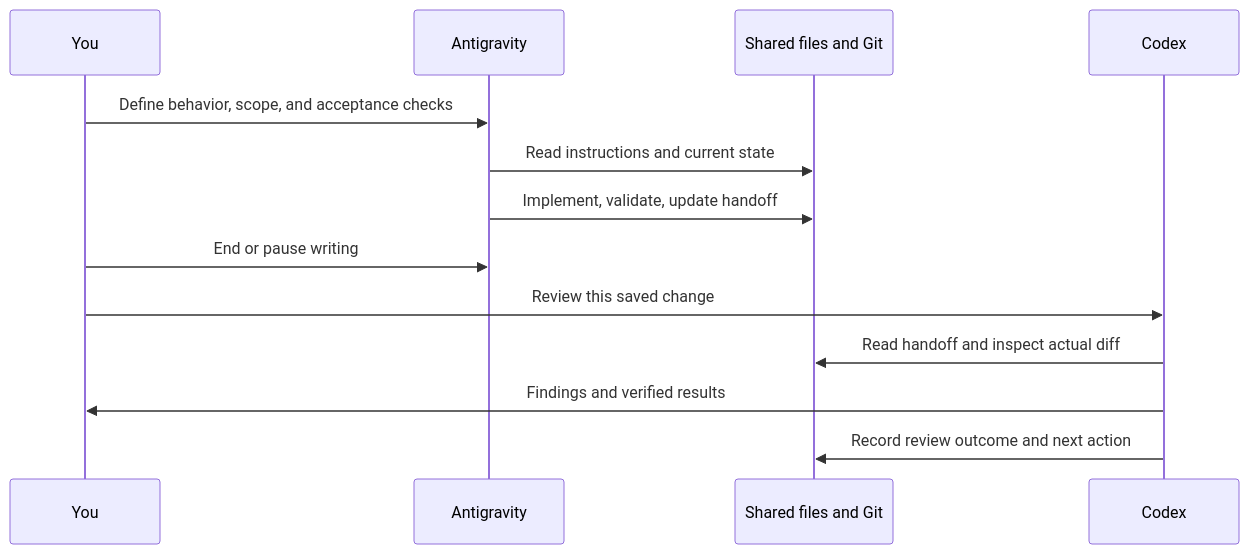
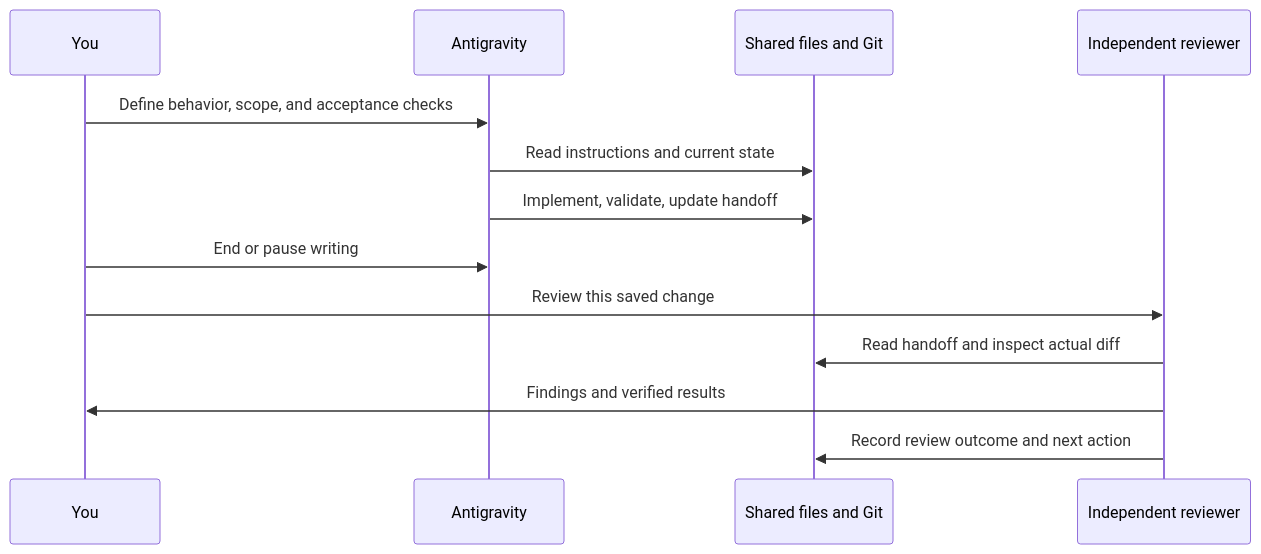
Before and after one commit to tama-gucci/chrysalis: the third of 4 diagrams in Development/BEGINNERS-GUIDE.md, drawn with Mermaid. The commit also changed other lines of this file and 96 other files, not shown here.

````diff
--- a/Development/BEGINNERS-GUIDE.md
+++ b/Development/BEGINNERS-GUIDE.md
@@ -293,16 +288,16 @@
 ```mermaid
 %% diagram: handoff
 sequenceDiagram
   participant You
   participant A as Antigravity
   participant F as Shared files and Git
-  participant C as Codex
+  participant C as Independent reviewer
   You->>A: Define behavior, scope, and acceptance checks
   A->>F: Read instructions and current state
   A->>F: Implement, validate, update handoff
   You->>A: End or pause writing
   You->>C: Review this saved change
   C->>F: Read handoff and inspect actual diff
   C->>You: Findings and verified results
   C->>F: Record review outcome and next action
 ```
````
